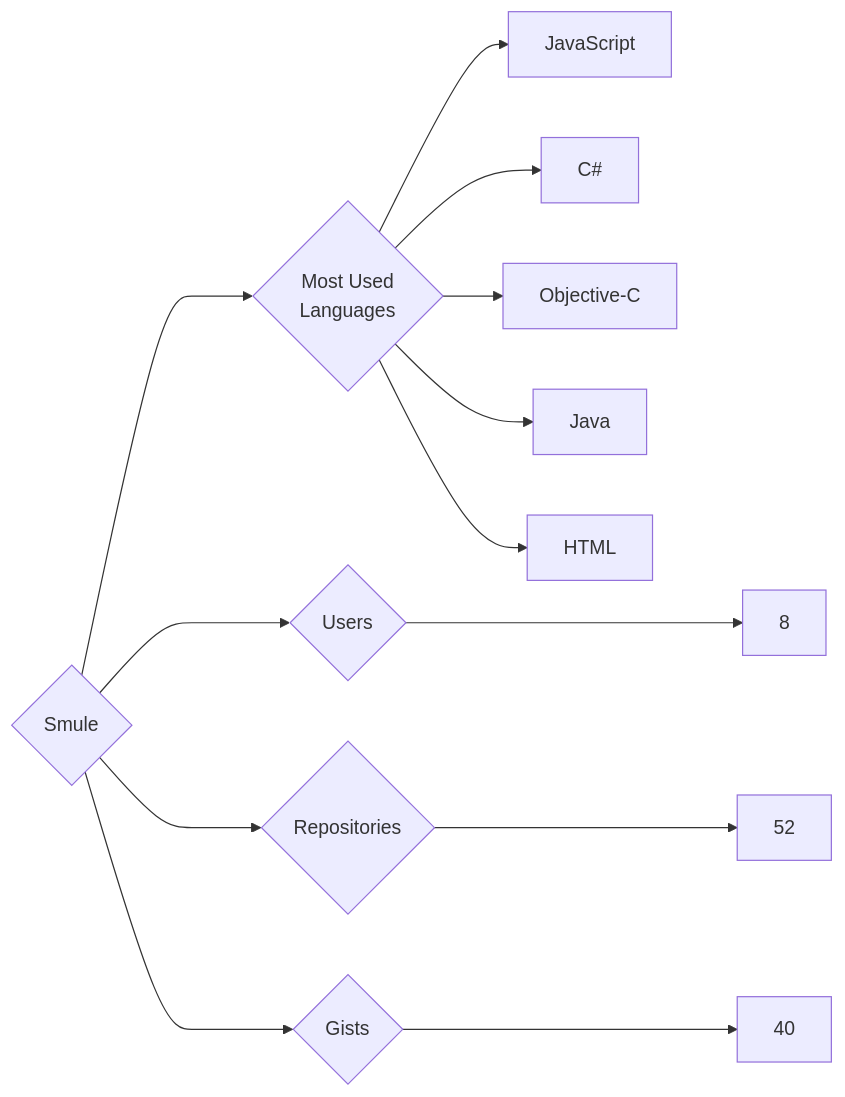
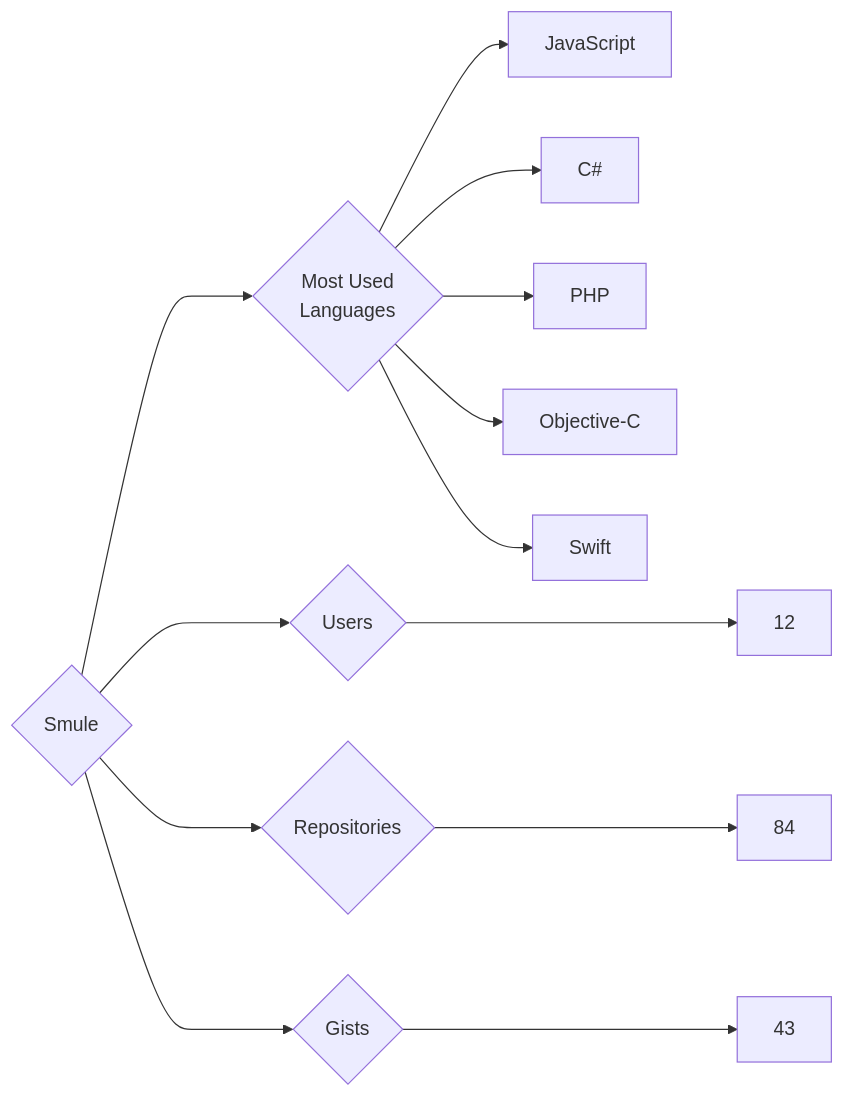
The diagram in targets/Smule/README.md (trickest/insiders), drawn with Mermaid before and after one commit. The commit also changed 794 other files, not shown here.

````diff
--- a/targets/Smule/README.md
+++ b/targets/Smule/README.md
@@ -3,13 +3,13 @@
 ```mermaid
 graph LR
 COMPANY_NAME{Smule}
-COMPANY_NAME ---> U{Users} ---> UN[8]
-COMPANY_NAME ---> R{Repositories} ---> RN[52]
-COMPANY_NAME ---> G{Gists} ---> GN[40]
+COMPANY_NAME ---> U{Users} ---> UN[12]
+COMPANY_NAME ---> R{Repositories} ---> RN[84]
+COMPANY_NAME ---> G{Gists} ---> GN[43]
 COMPANY_NAME ---> ML{Most Used<br>Languages}
 ML --> JavaScript[JavaScript]
 ML --> C#[C#]
+ML --> PHP[PHP]
 ML --> Objective-C[Objective-C]
-ML --> Java[Java]
-ML --> HTML[HTML]
+ML --> Swift[Swift]
 ```
````
